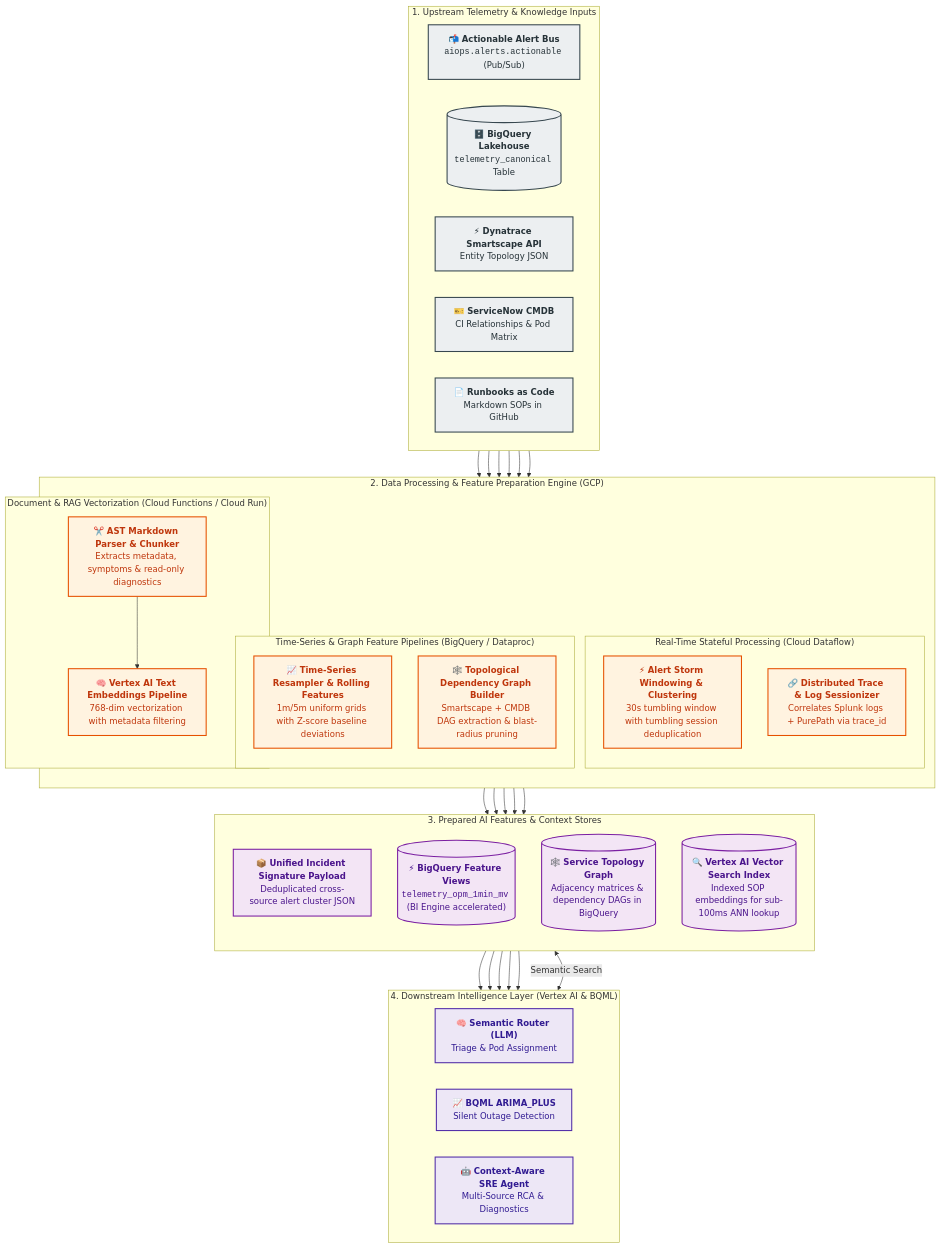
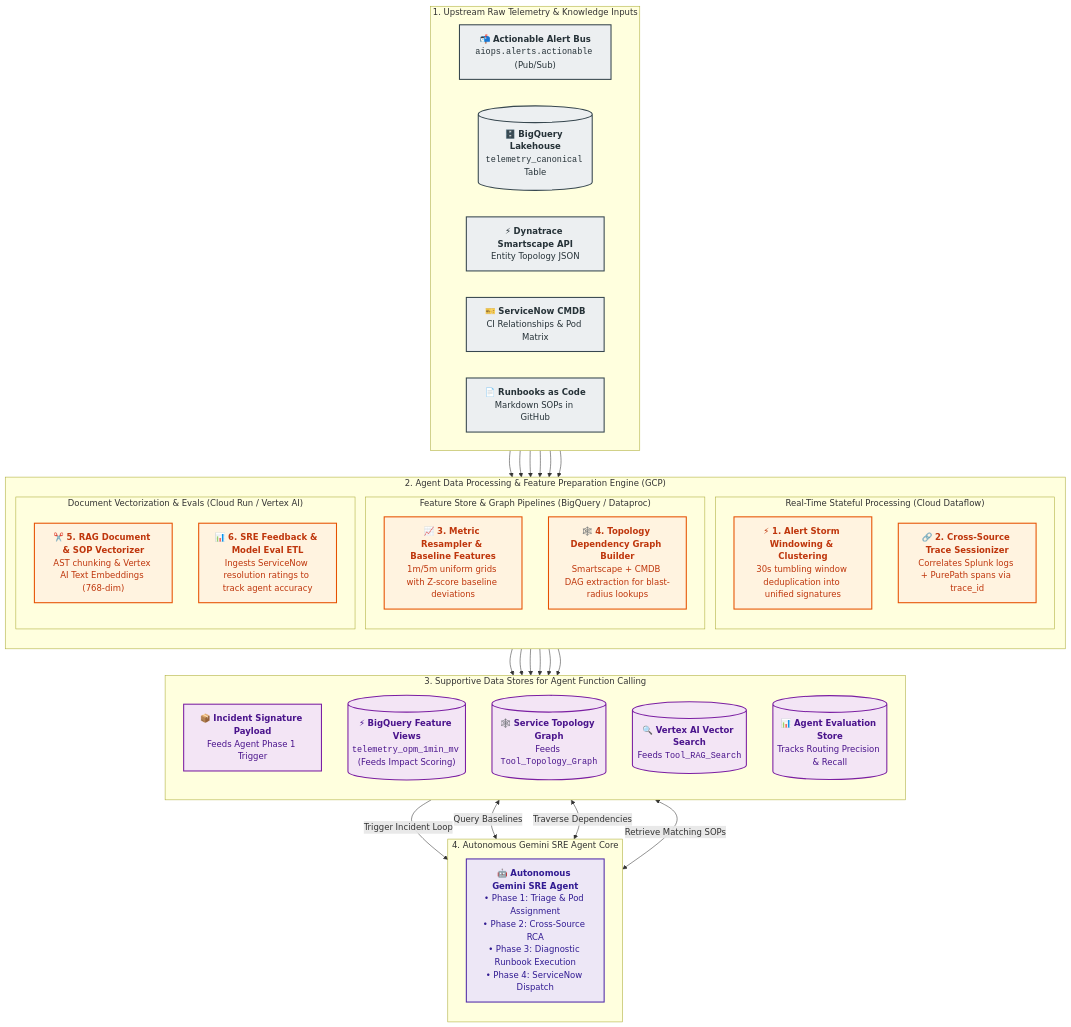
The diagram in docs/architecture/02_storage_and_lakehouse/data_processing_and_feature_store.md (toanbui626391/aiops_architect), drawn with Mermaid before and after one commit. The commit also changed other lines of this file, not shown here.

Commit message:
update data processing and feature store

````diff
--- a/docs/architecture/02_storage_and_lakehouse/data_processing_and_feature_store.md
+++ b/docs/architecture/02_storage_and_lakehouse/data_processing_and_feature_store.md
@@ -9,81 +11,78 @@
 ```mermaid
 flowchart TD
-    %% INPUT LAYER
-    subgraph Inputs["1. Upstream Telemetry & Knowledge Inputs"]
+    %% 1. UPSTREAM INPUTS
+    subgraph Inputs["1. Upstream Raw Telemetry & Knowledge Inputs"]
         direction LR
         RawAlerts["📬 <b>Actionable Alert Bus</b><br/><code>aiops.alerts.actionable</code> (Pub/Sub)"]
         CanonicalBQ[("🗄️ <b>BigQuery Lakehouse</b><br/><code>telemetry_canonical</code> Table")]
         SmartscapeData["⚡ <b>Dynatrace Smartscape API</b><br/>Entity Topology JSON"]
         SNOW_CMDB["🎫 <b>ServiceNow CMDB</b><br/>CI Relationships & Pod Matrix"]
         RunbooksCode["📄 <b>Runbooks as Code</b><br/>Markdown SOPs in GitHub"]
     end
 
-    %% PROCESSING PIPELINES
-    subgraph DataPipelines["2. Data Processing & Feature Preparation Engine (GCP)"]
+    %% 2. AGENT FEATURE PREPARATION PIPELINES
+    subgraph DataPipelines["2. Agent Data Processing & Feature Preparation Engine (GCP)"]
         direction TB
         
         subgraph StreamPrep["Real-Time Stateful Processing (Cloud Dataflow)"]
-            AlertClustering["⚡ <b>Alert Storm Windowing & Clustering</b><br/>30s tumbling window with tumbling session deduplication"]
-            TraceSessionizer["🔗 <b>Distributed Trace & Log Sessionizer</b><br/>Correlates Splunk logs + PurePath via trace_id"]
+            AlertClustering["⚡ <b>1. Alert Storm Windowing & Clustering</b><br/>30s tumbling window deduplication into unified signatures"]
+            TraceSessionizer["🔗 <b>2. Cross-Source Trace Sessionizer</b><br/>Correlates Splunk logs + PurePath spans via trace_id"]
         end
 
-        subgraph FeatureEng["Time-Series & Graph Feature Pipelines (BigQuery / Dataproc)"]
-            TS_Resampler["📈 <b>Time-Series Resampler & Rolling Features</b><br/>1m/5m uniform grids with Z-score baseline deviations"]
-            TopologyBuilder["🕸️ <b>Topological Dependency Graph Builder</b><br/>Smartscape + CMDB DAG extraction & blast-radius pruning"]
+        subgraph FeatureEng["Feature Store & Graph Pipelines (BigQuery / Dataproc)"]
+            TS_Resampler["📈 <b>3. Metric Resampler & Baseline Features</b><br/>1m/5m uniform grids with Z-score baseline deviations"]
+            TopologyBuilder["🕸️ <b>4. Topology Dependency Graph Builder</b><br/>Smartscape + CMDB DAG extraction for blast-radius lookups"]
         end
 
-        subgraph VectorPrep["Document & RAG Vectorization (Cloud Functions / Cloud Run)"]
-            DocChunker["✂️ <b>AST Markdown Parser & Chunker</b><br/>Extracts metadata, symptoms & read-only diagnostics"]
-            EmbeddingGen["🧠 <b>Vertex AI Text Embeddings Pipeline</b><br/>768-dim vectorization with metadata filtering"]
+        subgraph VectorPrep["Document Vectorization & Evals (Cloud Run / Vertex AI)"]
+            DocChunker["✂️ <b>5. RAG Document & SOP Vectorizer</b><br/>AST chunking & Vertex AI Text Embeddings (768-dim)"]
+            EvalETL["📊 <b>6. SRE Feedback & Model Eval ETL</b><br/>Ingests ServiceNow resolution ratings to track agent accuracy"]
         end
     end
 
-    %% PREPARED FEATURE OUTPUTS & CONSUMERS
-    subgraph PreparedFeatures["3. Prepared AI Features & Context Stores"]
+    %% 3. PREPARED CONTEXT STORES (SUPPORTIVE FEATURES)
+    subgraph PreparedFeatures["3. Supportive Data Stores for Agent Function Calling"]
         direction TB
-        IncidentPayload["📦 <b>Unified Incident Signature Payload</b><br/>Deduplicated cross-source alert cluster JSON"]
-        FeatureStoreMV[("⚡ <b>BigQuery Feature Views</b><br/><code>telemetry_opm_1min_mv</code> (BI Engine accelerated)")]
-        GraphStore[("🕸️ <b>Service Topology Graph</b><br/>Adjacency matrices & dependency DAGs in BigQuery")]
-        VectorIndex[("🔍 <b>Vertex AI Vector Search Index</b><br/>Indexed SOP embeddings for sub-100ms ANN lookup")]
+        IncidentPayload["📦 <b>Incident Signature Payload</b><br/>Feeds Agent Phase 1 Trigger"]
+        FeatureStoreMV[("⚡ <b>BigQuery Feature Views</b><br/><code>telemetry_opm_1min_mv</code> (Feeds Impact Scoring)")]
+        GraphStore[("🕸️ <b>Service Topology Graph</b><br/>Feeds <code>Tool_Topology_Graph</code>")]
+        VectorIndex[("🔍 <b>Vertex AI Vector Search</b><br/>Feeds <code>Tool_RAG_Search</code>")]
+        EvalDB[("📊 <b>Agent Evaluation Store</b><br/>Tracks Routing Precision & Recall")]
     end
 
-    %% AI CONSUMERS
-    subgraph AIConsumers["4. Downstream Intelligence Layer (Vertex AI & BQML)"]
-        direction LR
-        SemanticRouter["🧠 <b>Semantic Router (LLM)</b><br/>Triage & Pod Assignment"]
-        BQML_Engine["📈 <b>BQML ARIMA_PLUS</b><br/>Silent Outage Detection"]
-        GeminiAgent["🤖 <b>Context-Aware SRE Agent</b><br/>Multi-Source RCA & Diagnostics"]
+    %% 4. AUTONOMOUS AGENT
+    subgraph AgentCore["4. Autonomous Gemini SRE Agent Core"]
+        direction TB
+        Agent["🤖 <b>Autonomous Gemini SRE Agent</b><br/>• Phase 1: Triage & Pod Assignment<br/>• Phase 2: Cross-Source RCA<br/>• Phase 3: Diagnostic Runbook Execution<br/>• Phase 4: ServiceNow Dispatch"]
     end
 
-    %% PIPELINE CONNECTIONS
+    %% CONNECTIONS
     RawAlerts --> AlertClustering
     CanonicalBQ --> TraceSessionizer
     CanonicalBQ --> TS_Resampler
     SmartscapeData & SNOW_CMDB --> TopologyBuilder
     RunbooksCode --> DocChunker
 
     AlertClustering --> IncidentPayload
     TraceSessionizer --> IncidentPayload
     TS_Resampler --> FeatureStoreMV
     TopologyBuilder --> GraphStore
-    DocChunker --> EmbeddingGen
-    EmbeddingGen --> VectorIndex
+    DocChunker --> VectorIndex
+    EvalETL --> EvalDB
 
-    IncidentPayload --> SemanticRouter
-    IncidentPayload --> GeminiAgent
-    FeatureStoreMV --> BQML_Engine
-    GraphStore --> SemanticRouter
-    GraphStore --> GeminiAgent
-    VectorIndex <-->|Semantic Search| GeminiAgent
+    IncidentPayload -->|Trigger Incident Loop| Agent
+    FeatureStoreMV <-->|Query Baselines| Agent
+    GraphStore <-->|Traverse Dependencies| Agent
+    VectorIndex <-->|Retrieve Matching SOPs| Agent
 
-    %% STYLING DIRECTIVES
+    %% STYLING
     classDef inStyle fill:#ECEFF1,stroke:#37474F,stroke-width:2px,color:#263238;
     classDef pipeStyle fill:#FFF3E0,stroke:#E65100,stroke-width:2px,color:#BF360C;
     classDef storeStyle fill:#F3E5F5,stroke:#7B1FA2,stroke-width:2px,color:#4A148C;
-    classDef aiStyle fill:#EDE7F6,stroke:#512DA8,stroke-width:2px,color:#311B92;
+    classDef agentStyle fill:#EDE7F6,stroke:#512DA8,stroke-width:2px,color:#311B92;
 
     class RawAlerts,CanonicalBQ,SmartscapeData,SNOW_CMDB,RunbooksCode inStyle;
-    class AlertClustering,TraceSessionizer,TS_Resampler,TopologyBuilder,DocChunker,EmbeddingGen pipeStyle;
-    class IncidentPayload,FeatureStoreMV,GraphStore,VectorIndex storeStyle;
-    class SemanticRouter,BQML_Engine,GeminiAgent aiStyle;
+    class AlertClustering,TraceSessionizer,TS_Resampler,TopologyBuilder,DocChunker,EvalETL pipeStyle;
+    class IncidentPayload,FeatureStoreMV,GraphStore,VectorIndex,EvalDB storeStyle;
+    class Agent agentStyle;
 ```
````
